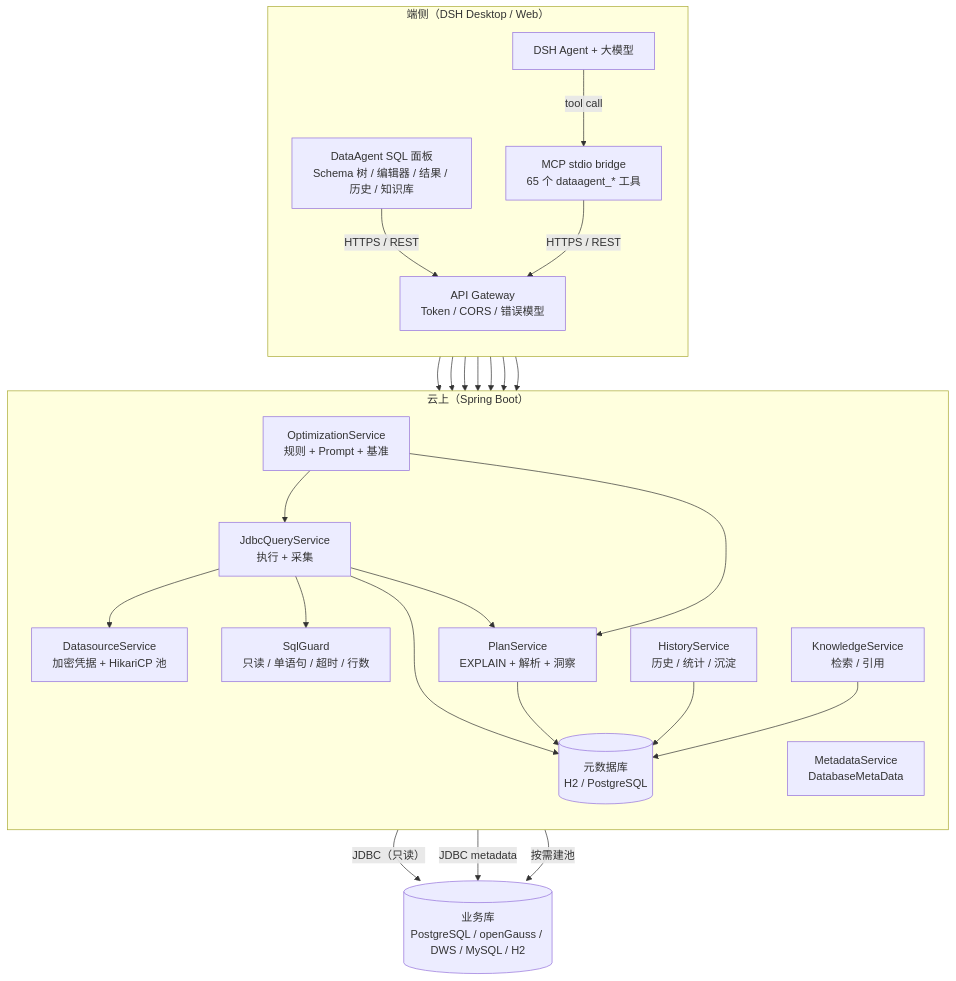
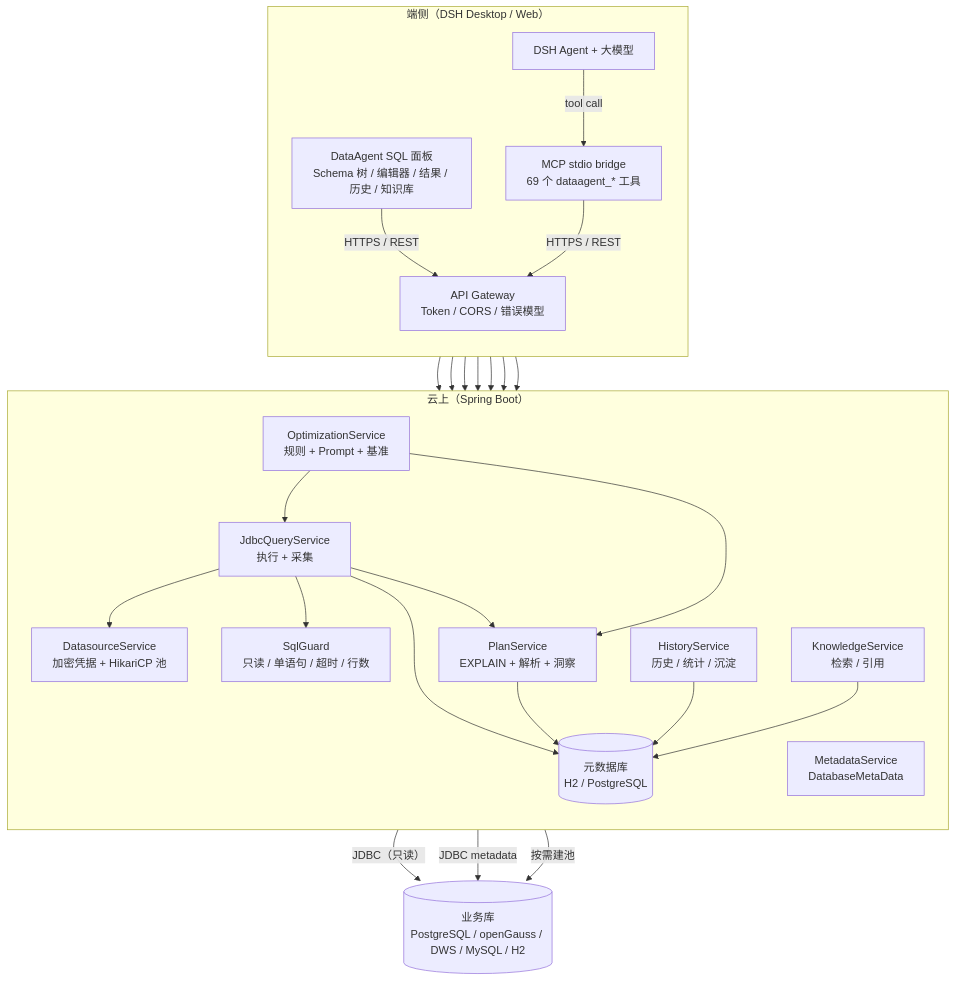
The first of 6 diagrams in docs/ARCHITECTURE.md (whllowp/DataAgent), drawn with Mermaid before and after one commit. The commit also changed 24 other files, not shown here.

````diff
--- a/docs/ARCHITECTURE.md
+++ b/docs/ARCHITECTURE.md
@@ -25,47 +25,47 @@
 ```mermaid
 flowchart TB
   subgraph Edge["端侧（DSH Desktop / Web）"]
     direction TB
     Panel["DataAgent SQL 面板<br/>Schema 树 / 编辑器 / 结果 / 历史 / 知识库"]
     DSH["DSH Agent + 大模型"]
-    MCP["MCP stdio bridge<br/>65 个 dataagent_* 工具"]
+    MCP["MCP stdio bridge<br/>69 个 dataagent_* 工具"]
     Panel -->|"HTTPS / REST"| Gateway
     DSH -->|"tool call"| MCP
     MCP -->|"HTTPS / REST"| Gateway
   end
 
   subgraph Cloud["云上（Spring Boot）"]
     direction TB
     Gateway["API Gateway<br/>Token / CORS / 错误模型"]
     DS["DatasourceService<br/>加密凭据 + HikariCP 池"]
     Meta["MetadataService<br/>DatabaseMetaData"]
     Guard["SqlGuard<br/>只读 / 单语句 / 超时 / 行数"]
     Exec["JdbcQueryService<br/>执行 + 采集"]
     Plan["PlanService<br/>EXPLAIN + 解析 + 洞察"]
     Hist["HistoryService<br/>历史 / 统计 / 沉淀"]
     KB["KnowledgeService<br/>检索 / 引用"]
     Opt["OptimizationService<br/>规则 + Prompt + 基准"]
     Store[("元数据库<br/>H2 / PostgreSQL")]
     Gateway --> DS
     Gateway --> Meta
     Gateway --> Guard
     Gateway --> Exec
     Gateway --> Hist
     Gateway --> KB
     Gateway --> Opt
     Exec --> Guard
     Exec --> DS
     Exec --> Plan
     Exec --> Store
     Plan --> Store
     Hist --> Store
     KB --> Store
     Opt --> Exec
     Opt --> Plan
   end
 
   DB[("业务库<br/>PostgreSQL / openGauss / DWS / MySQL / H2")]
   Exec -->|"JDBC（只读）"| DB
   Meta -->|"JDBC metadata"| DB
   DS -->|"按需建池"| DB
 ```
````
